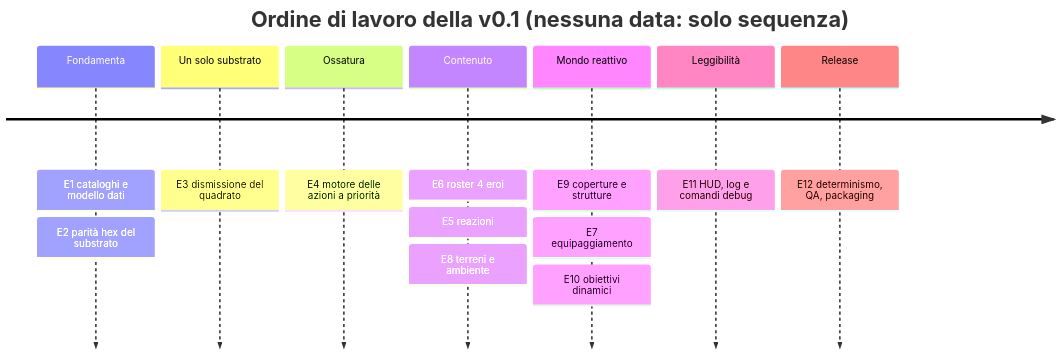
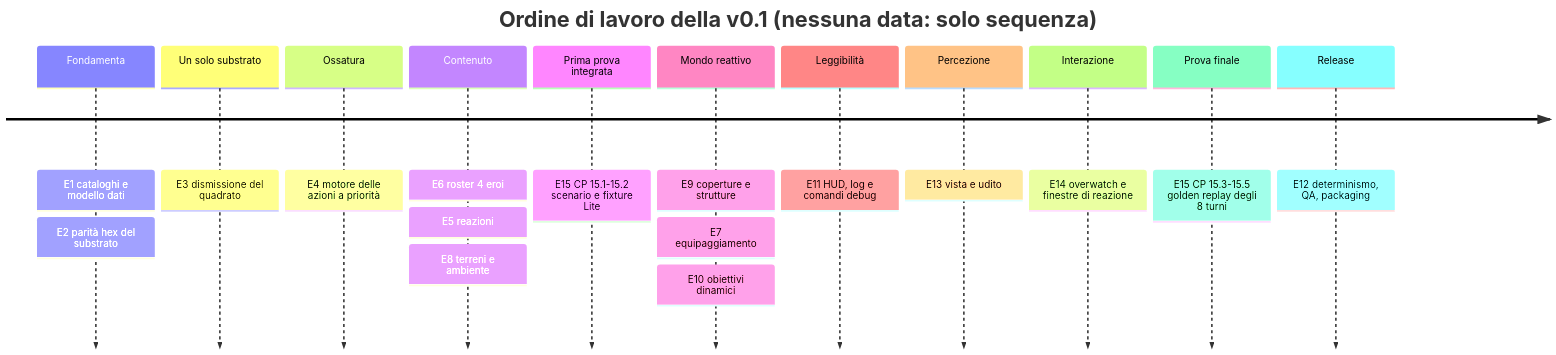
One commit to DegrassiAaron/refactor-tactics-main changed the second of 2 diagrams in docs/design/roadmap-v0.1.md. Above: the diagram before and after it, drawn with Mermaid. The commit also changed other lines of this file and 5 other files, not shown here.

First line of the commit message:
docs(roadmap): consolida showcase v0.1 e planning visuale in roadmap e issue

````diff
--- a/docs/design/roadmap-v0.1.md
+++ b/docs/design/roadmap-v0.1.md
@@ -193,11 +235,15 @@
 ```mermaid
 timeline
     title Ordine di lavoro della v0.1 (nessuna data: solo sequenza)
     Fondamenta : E1 cataloghi e modello dati : E2 parità hex del substrato
     Un solo substrato : E3 dismissione del quadrato
     Ossatura : E4 motore delle azioni a priorità
     Contenuto : E6 roster 4 eroi : E5 reazioni : E8 terreni e ambiente
+    Prima prova integrata : E15 CP 15.1-15.2 scenario e fixture Lite
     Mondo reattivo : E9 coperture e strutture : E7 equipaggiamento : E10 obiettivi dinamici
     Leggibilità : E11 HUD, log e comandi debug
+    Percezione : E13 vista e udito
+    Interazione : E14 overwatch e finestre di reazione
+    Prova finale : E15 CP 15.3-15.5 golden replay degli 8 turni
     Release : E12 determinismo, QA, packaging
 ```
````
